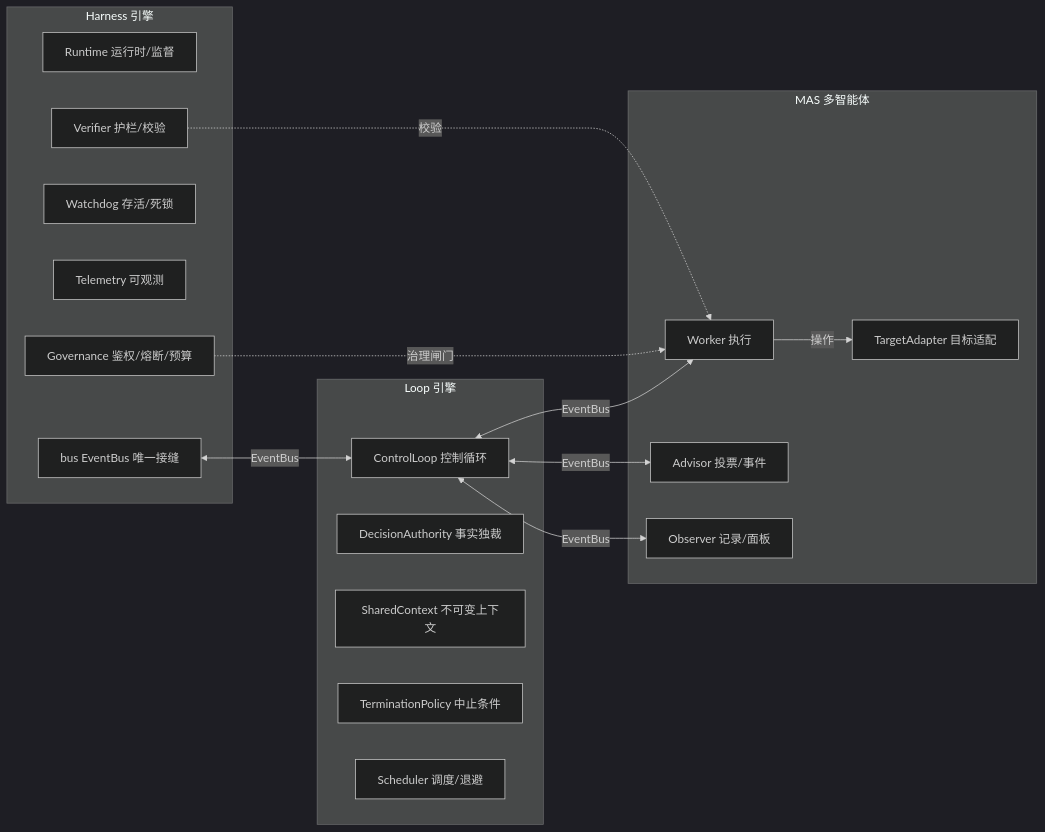
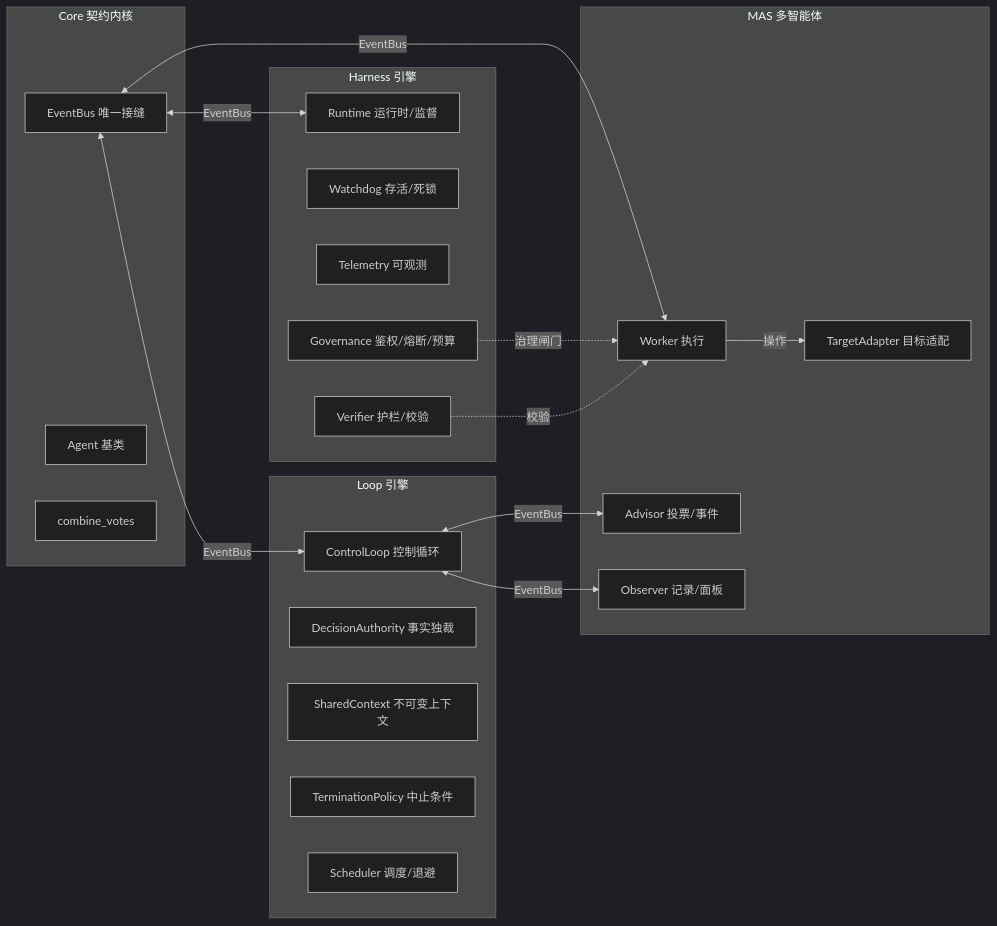
Before and after one commit to sunbos/stability-check: the second of 5 diagrams in docs/plans/系统架构.md, drawn with Mermaid (dark theme). The commit also changed other lines of this file and 6 other files, not shown here.

````diff
--- a/docs/plans/系统架构.md
+++ b/docs/plans/系统架构.md
@@ -91,31 +93,36 @@
 ```mermaid
 flowchart LR
+    subgraph C[Core 契约内核]
+        C1[EventBus 唯一接缝]
+        C2[Agent 基类]
+        C3[combine_votes]
+    end
     subgraph H[Harness 引擎]
         H1[Runtime 运行时/监督]
-        H2[bus EventBus 唯一接缝]
         H3[Watchdog 存活/死锁]
         H4[Telemetry 可观测]
         H5[Governance 鉴权/熔断/预算]
         H6[Verifier 护栏/校验]
     end
     subgraph L[Loop 引擎]
         L1[ControlLoop 控制循环]
         L2[DecisionAuthority 事实独裁]
         L3[SharedContext 不可变上下文]
         L4[TerminationPolicy 中止条件]
         L5[Scheduler 调度/退避]
     end
     subgraph M[MAS 多智能体]
         M1[Worker 执行]
         M2[Advisor 投票/事件]
         M3[Observer 记录/面板]
         M4[TargetAdapter 目标适配]
     end
-    H2 <-->|EventBus| L1
-    L1 <-->|EventBus| M1
+    C1 <-->|EventBus| H1
+    C1 <-->|EventBus| L1
+    C1 <-->|EventBus| M1
     L1 <-->|EventBus| M2
     L1 <-->|EventBus| M3
     M1 -->|操作| M4
     H5 -.治理闸门.-> M1
     H6 -.校验.-> M1
 ```
````
